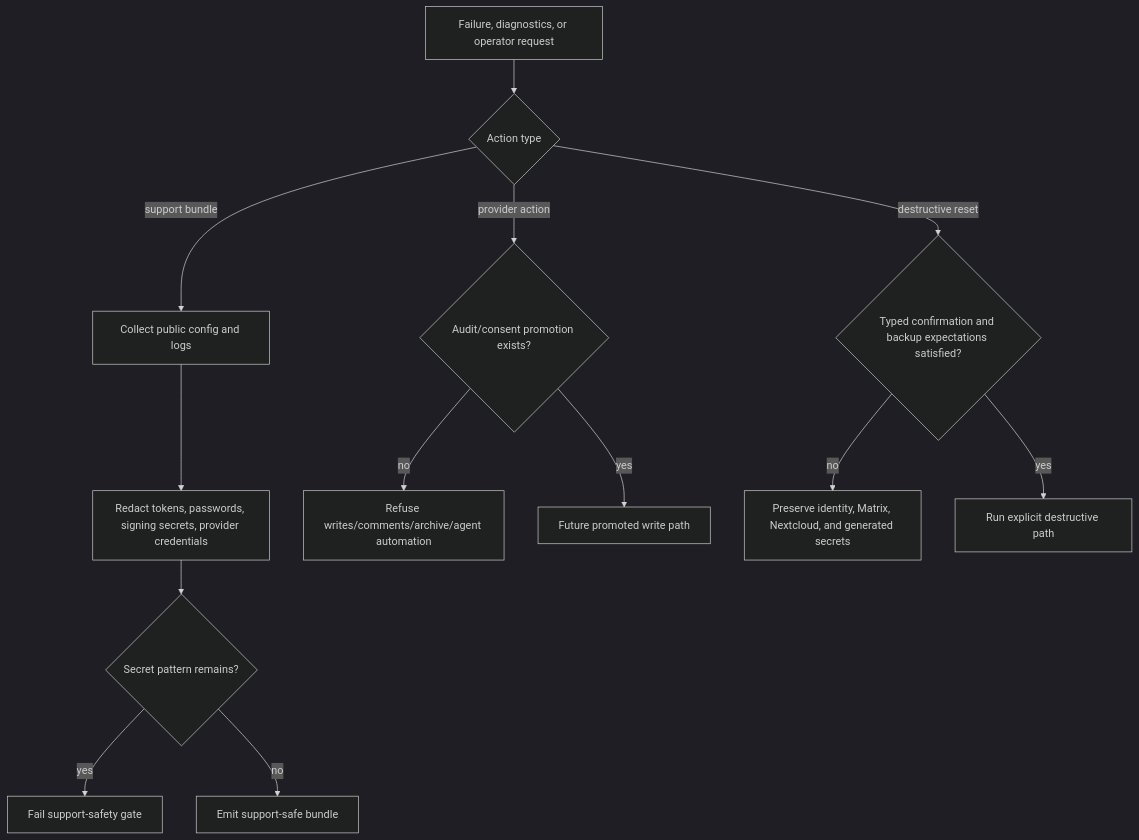
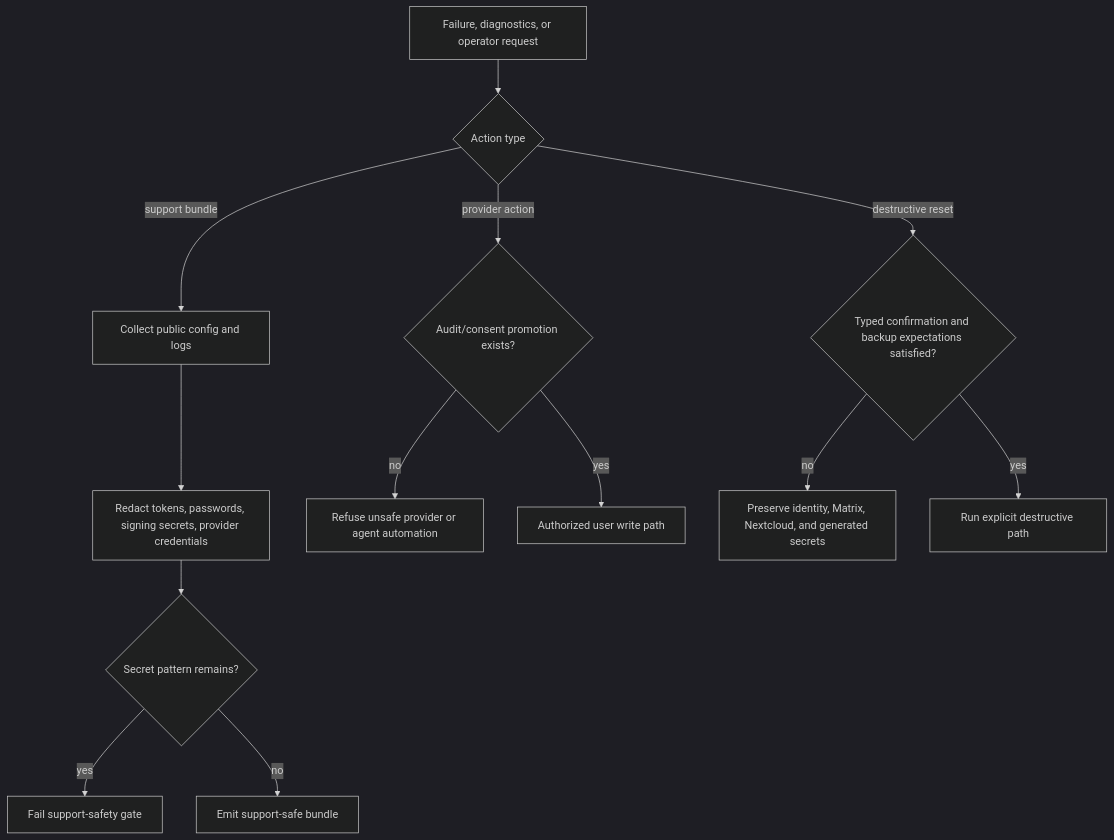
One commit to masssi164/weave changed the seventh of 7 diagrams in docs/product-flow-activity-diagrams.md. Above: the diagram before and after it, drawn with Mermaid (dark theme). The commit also changed other lines of this file and 569 other files, not shown here.

````diff
--- a/docs/product-flow-activity-diagrams.md
+++ b/docs/product-flow-activity-diagrams.md
@@ -136,15 +137,15 @@
 ```mermaid
 flowchart TD
   A[Failure, diagnostics, or operator request] --> B{Action type}
   B -- support bundle --> C[Collect public config and logs]
   C --> D[Redact tokens, passwords, signing secrets, provider credentials]
   D --> E{Secret pattern remains?}
   E -- yes --> X[Fail support-safety gate]
   E -- no --> F[Emit support-safe bundle]
   B -- provider action --> G{Audit/consent promotion exists?}
-  G -- no --> H[Refuse writes/comments/archive/agent automation]
-  G -- yes --> I[Future promoted write path]
+  G -- no --> H[Refuse unsafe provider or agent automation]
+  G -- yes --> I[Authorized user write path]
   B -- destructive reset --> J{Typed confirmation and backup expectations satisfied?}
   J -- no --> K[Preserve identity, Matrix, Nextcloud, and generated secrets]
   J -- yes --> L[Run explicit destructive path]
 ```
````
